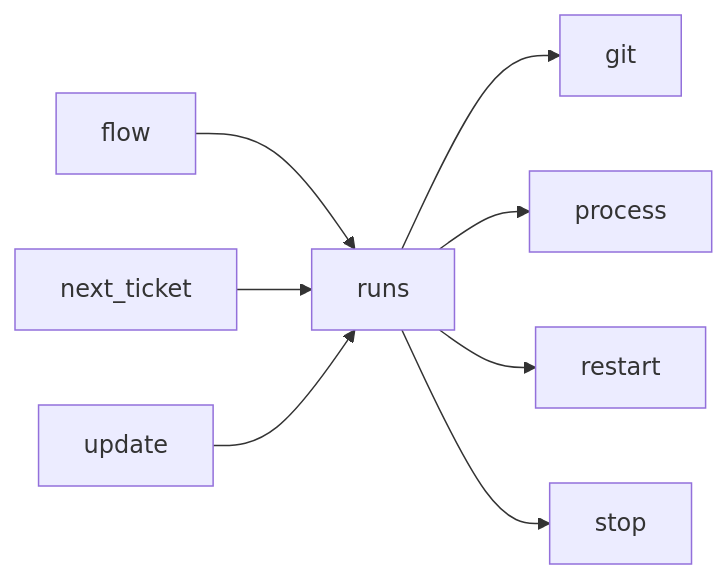
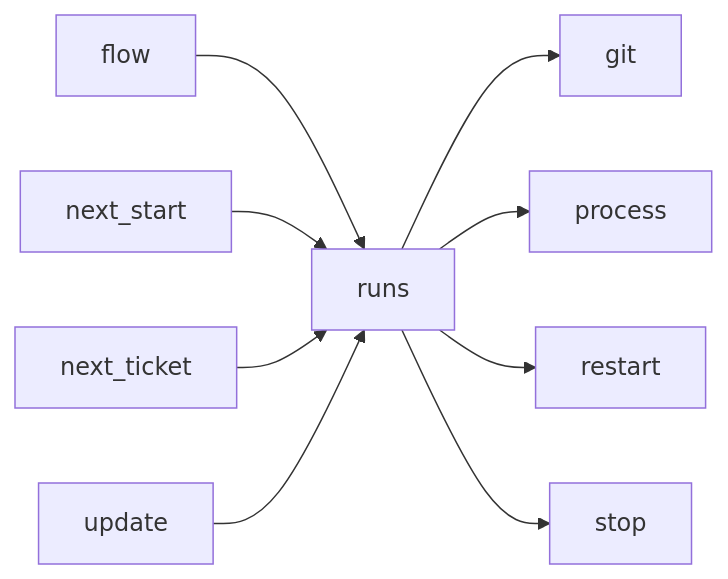
Before and after one commit to plaplanche/ariane: the third of 3 diagrams in docs/architecture/modules/runs.md, drawn with Mermaid. The commit also changed other lines of this file and 27 other files, not shown here.

````diff
--- a/docs/architecture/modules/runs.md
+++ b/docs/architecture/modules/runs.md
@@ -85,10 +92,11 @@
 ```mermaid
 flowchart LR
   flow --> runs
+  next_start --> runs
   next_ticket --> runs
   runs --> git
   runs --> process
   runs --> restart
   runs --> stop
   update --> runs
 ```
````
